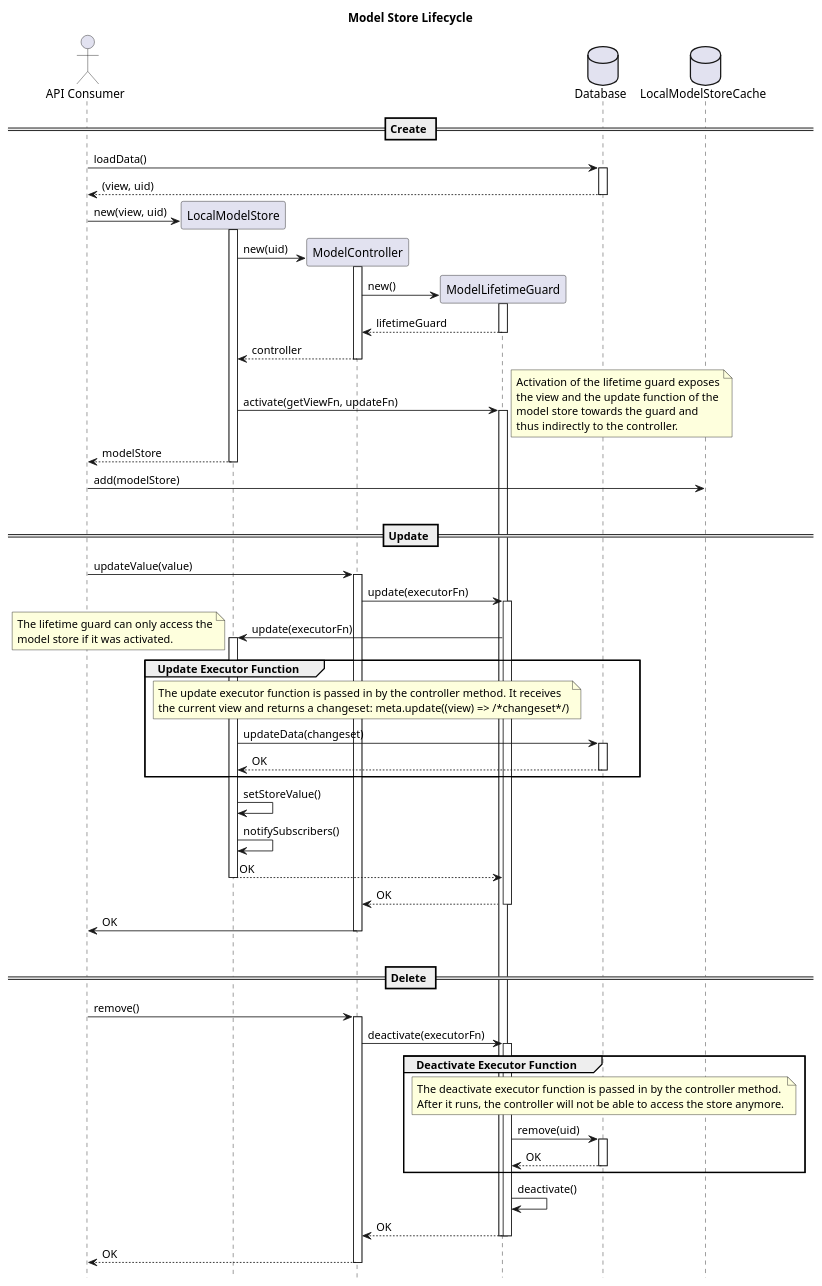
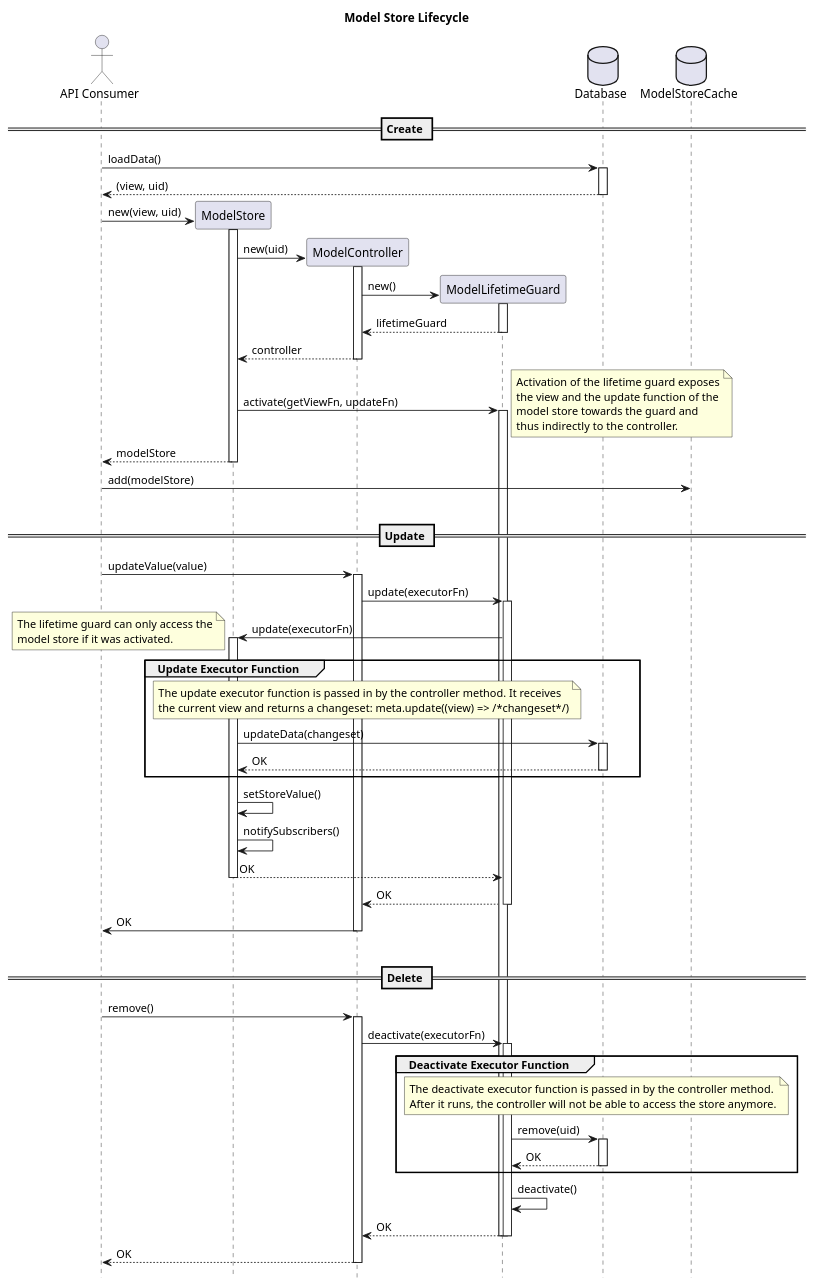
The third of 3 diagrams in docs/src/sequence-diagrams.md (threema-ch/threema-desktop), drawn with PlantUML before and after one commit. The commit also changed 95 other files, not shown here.

Commit message:
Rename `LocalModelStore` to `ModelStore`

```diff
--- a/docs/src/sequence-diagrams.md
+++ b/docs/src/sequence-diagrams.md
@@ -136,7 +136,7 @@
 hide footbox
 
 database Database order 90
-database LocalModelStoreCache as Cache order 100
+database ModelStoreCache as Cache order 100
 actor "API Consumer" as User order 0
 
 == Create ==
@@ -148,7 +148,7 @@
 deactivate Database
 
 ' Instantiate model store
-create LocalModelStore as Store order 10
+create ModelStore as Store order 10
 User -> Store : new(view, uid)
 activate Store
 
```
